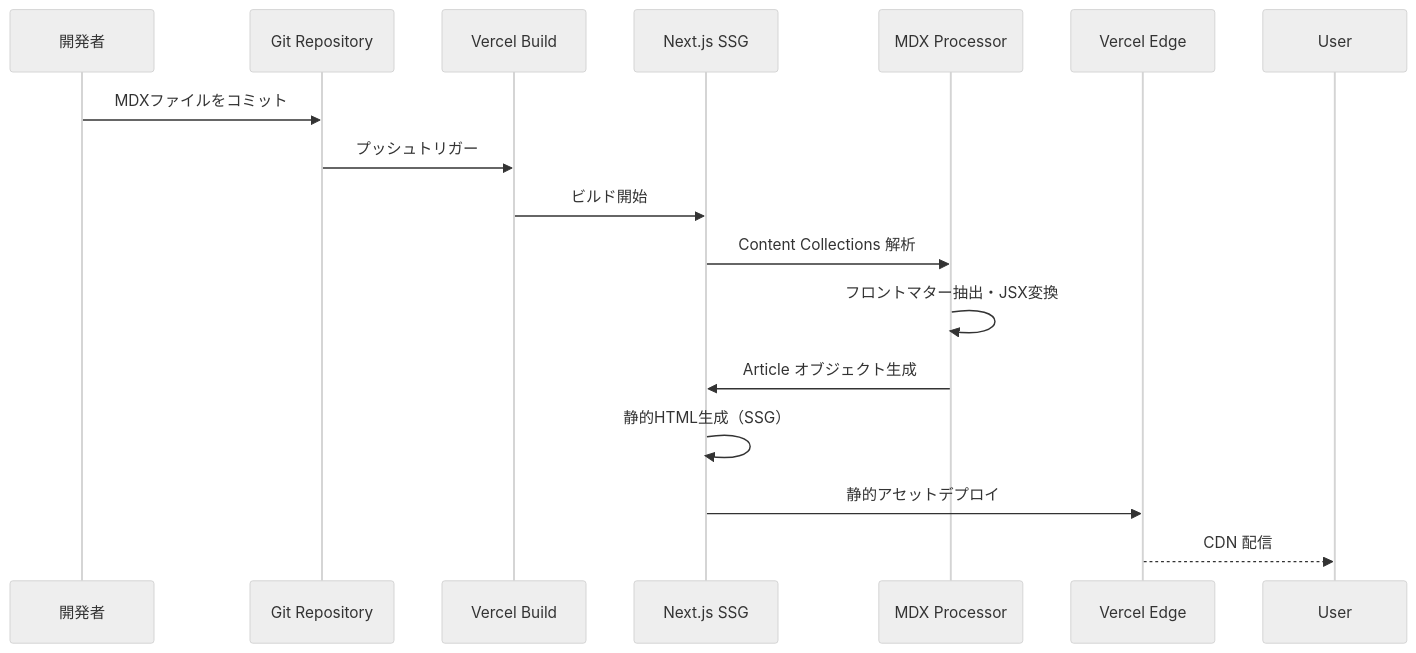
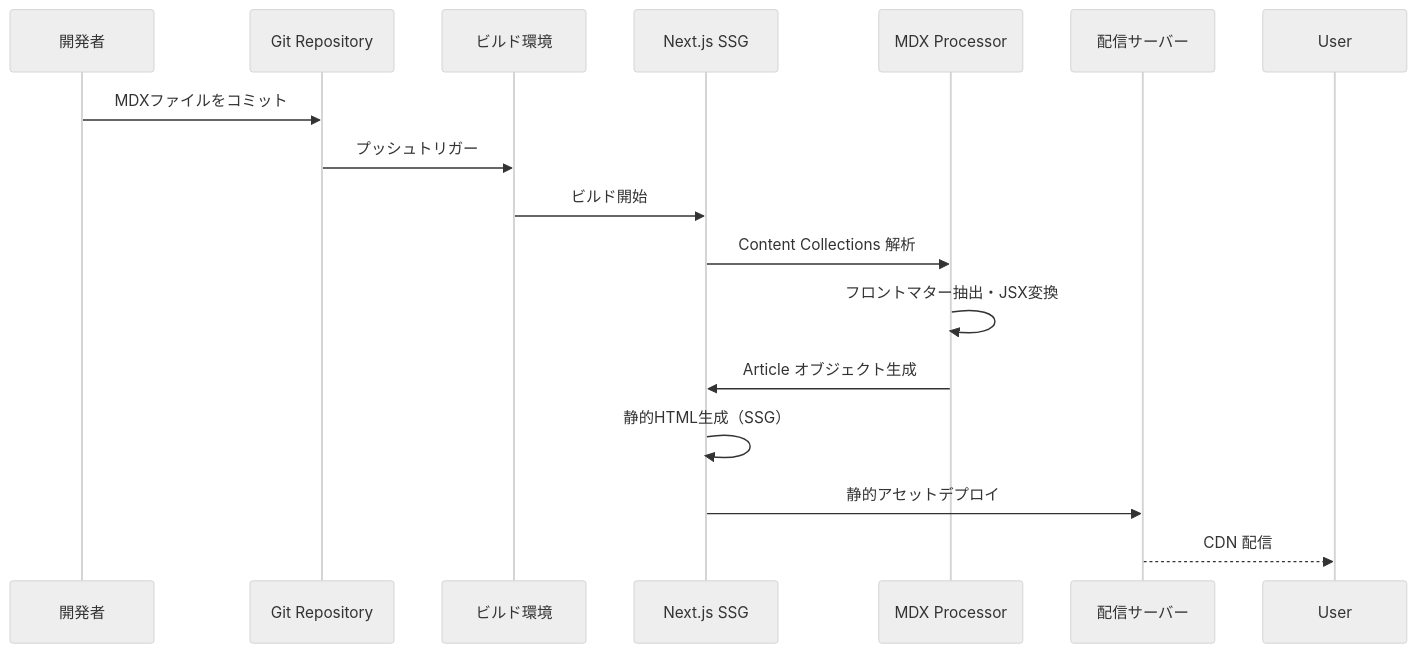
Before and after one commit to techub-organization/tech-atrium-wiki: the fifth of 7 diagrams in docs/specs/design.md, drawn with Mermaid (neutral theme). The commit also changed other lines of this file, not shown here.

Commit message:
docs: update design doc for multi-deploy architecture and fix React version / ドキュメント: 複数デプロイ構成の設計書に更新しReact 19をReact 18.2に修正

````diff
--- a/docs/specs/design.md
+++ b/docs/specs/design.md
@@ -355,19 +436,19 @@
 ```mermaid
 sequenceDiagram
     participant Dev as 開発者
     participant Git as Git Repository
-    participant Vercel as Vercel Build
+    participant Build as ビルド環境
     participant Next as Next.js SSG
     participant MDX as MDX Processor
-    participant Edge as Vercel Edge
+    participant Edge as 配信サーバー
 
     Dev->>Git: MDXファイルをコミット
-    Git->>Vercel: プッシュトリガー
-    Vercel->>Next: ビルド開始
+    Git->>Build: プッシュトリガー
+    Build->>Next: ビルド開始
     Next->>MDX: Content Collections 解析
     MDX->>MDX: フロントマター抽出・JSX変換
     MDX->>Next: Article オブジェクト生成
     Next->>Next: 静的HTML生成（SSG）
     Next->>Edge: 静的アセットデプロイ
     Edge-->>User: CDN 配信
 ```
````
